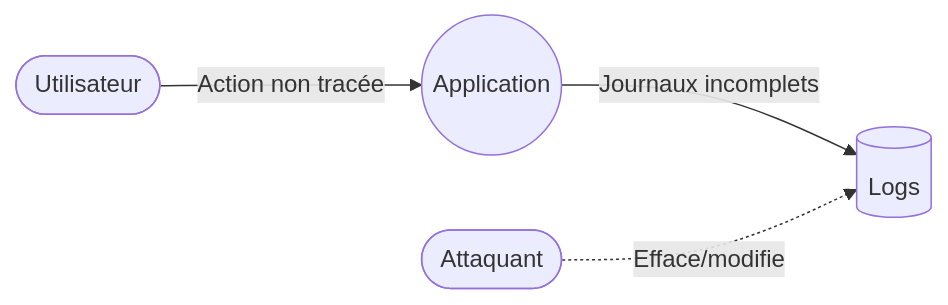
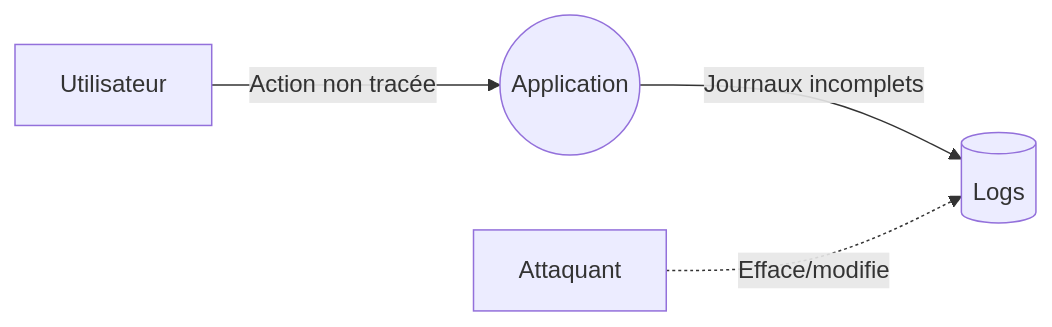
The diagram in _notes/stride/menaces/stride-repudiation.md (ophenix-maisonneuve/420-950-ma-site-web), drawn with Mermaid before and after one commit.

Commit message:
publication notes modélisation menace

````diff
--- a/_notes/stride/menaces/stride-repudiation.md
+++ b/_notes/stride/menaces/stride-repudiation.md
@@ -55,6 +55,6 @@
 ```mermaid
 flowchart LR
-    User([Utilisateur]) -->|Action non tracée| App((Application))
+    User[Utilisateur] -->|Action non tracée| App((Application))
     App -->|Journaux incomplets| Logs[(Logs)]
-    Attacker([Attaquant]) -. Efface/modifie .-> Logs
+    Attacker[Attaquant] -. Efface/modifie .-> Logs
 ```
````
